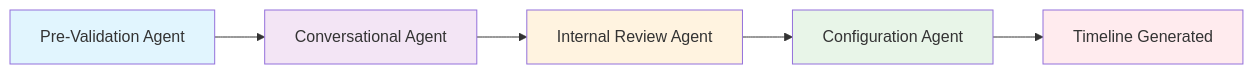
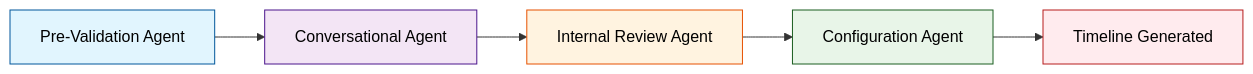
Before and after one commit to vignankamarthi/Career-Trajectory: the diagram in README.md, drawn with Mermaid. The commit also changed other lines of this file and 13 other files, not shown here.

````diff
--- a/README.md
+++ b/README.md
@@ -73,13 +73,13 @@
 ```mermaid
 graph LR
     A[Pre-Validation Agent] --> B[Conversational Agent]
     B --> C[Internal Review Agent]
     C --> D[Configuration Agent]
     D --> E[Timeline Generated]
 
-    style A fill:#e1f5fe
-    style B fill:#f3e5f5
-    style C fill:#fff3e0
-    style D fill:#e8f5e8
-    style E fill:#ffebee
+    style A fill:#e1f5fe,stroke:#01579b,color:#000000
+    style B fill:#f3e5f5,stroke:#4a148c,color:#000000
+    style C fill:#fff3e0,stroke:#e65100,color:#000000
+    style D fill:#e8f5e8,stroke:#1b5e20,color:#000000
+    style E fill:#ffebee,stroke:#b71c1c,color:#000000
 ```
````
